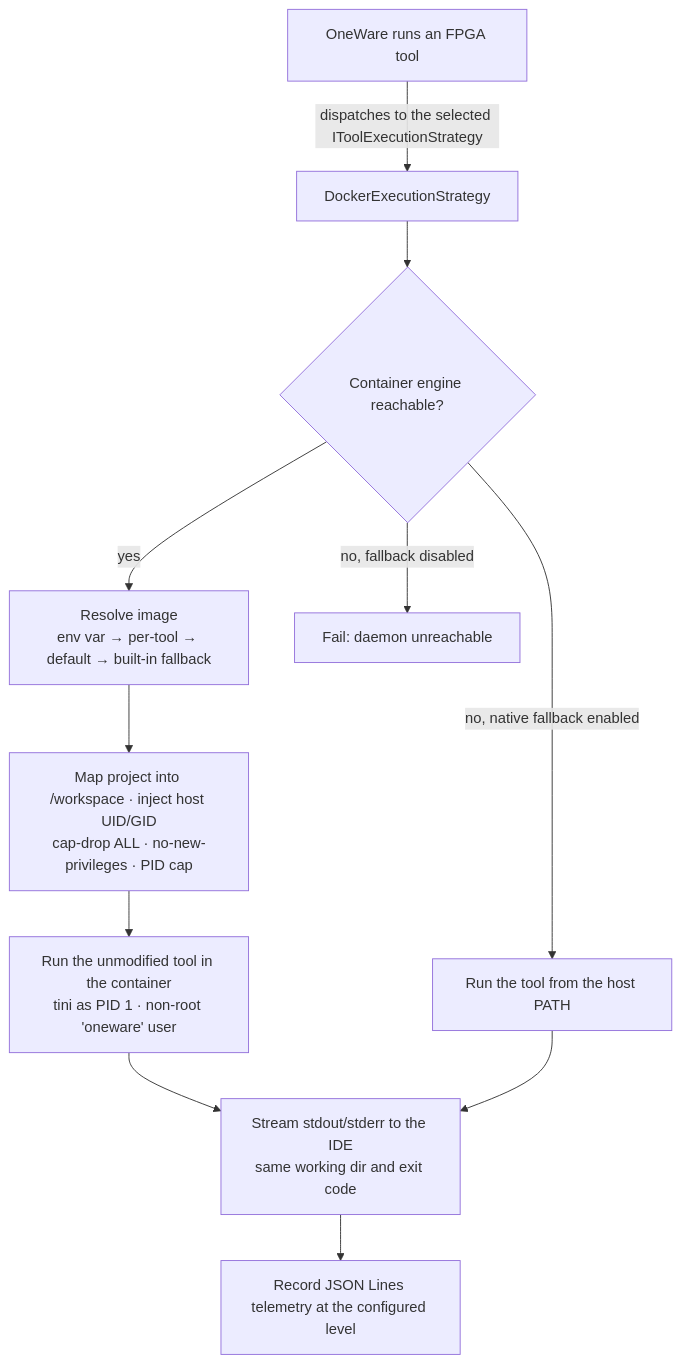
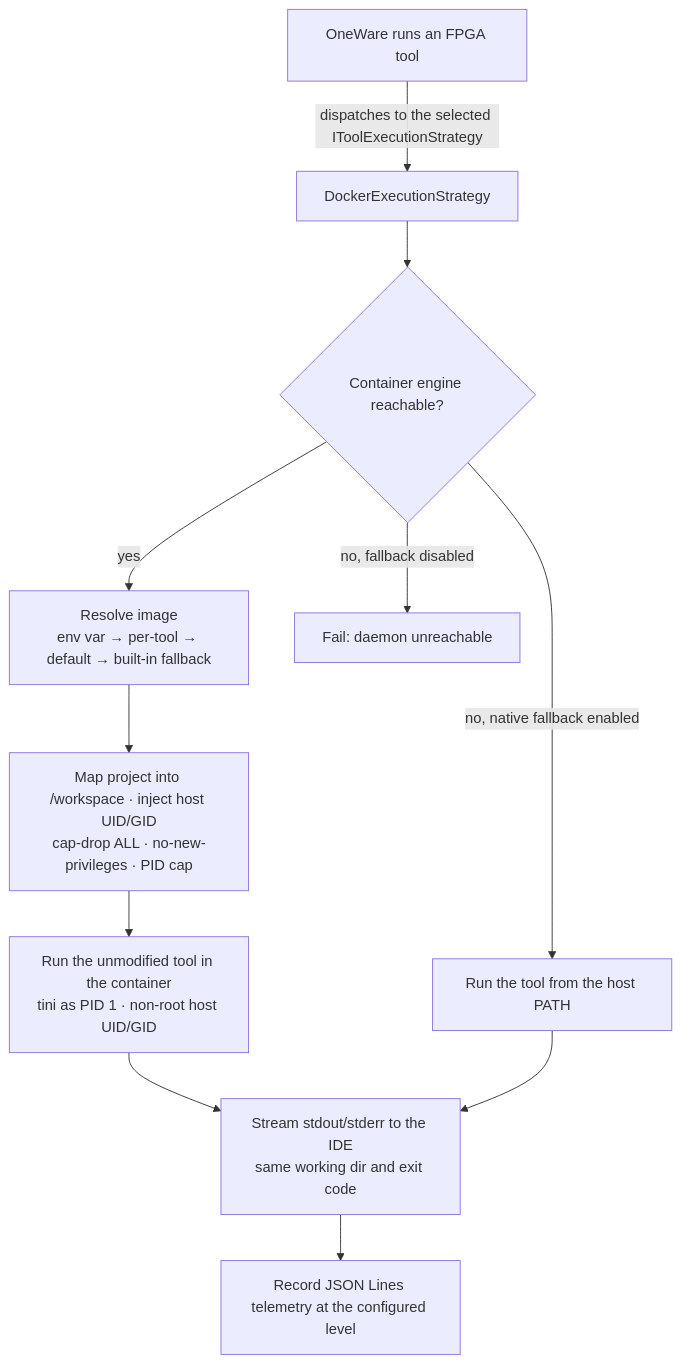
Before and after one commit to FEntwumS/FEntwumS.ContainerExtension: the diagram in README.md, drawn with Mermaid. The commit also changed other lines of this file and 4 other files, not shown here.

First line of the commit message:
docs: correct user/CLI/architecture claims and record deferred refactors

````diff
--- a/README.md
+++ b/README.md
@@ -47,13 +47,13 @@
 ```mermaid
 flowchart TD
     A[OneWare runs an FPGA tool] -->|dispatches to the selected IToolExecutionStrategy| B[DockerExecutionStrategy]
     B --> C{Container engine reachable?}
     C -->|yes| D[Resolve image<br/>env var → per-tool → default → built-in fallback]
     D --> E[Map project into /workspace · inject host UID/GID<br/>cap-drop ALL · no-new-privileges · PID cap]
-    E --> F[Run the unmodified tool in the container<br/>tini as PID 1 · non-root 'oneware' user]
+    E --> F[Run the unmodified tool in the container<br/>tini as PID 1 · non-root host UID/GID]
     C -->|no, native fallback enabled| G[Run the tool from the host PATH]
     C -->|no, fallback disabled| H[Fail: daemon unreachable]
     F --> I[Stream stdout/stderr to the IDE<br/>same working dir and exit code]
     G --> I
     I --> J[Record JSON Lines telemetry at the configured level]
 ```
````
